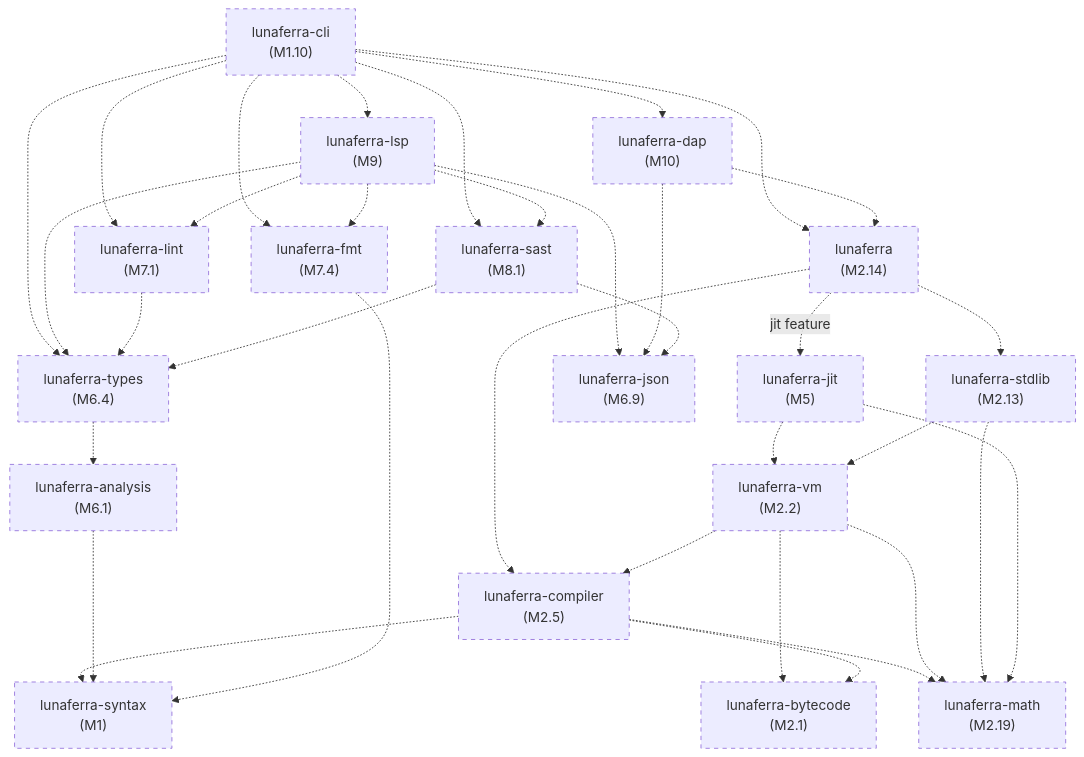
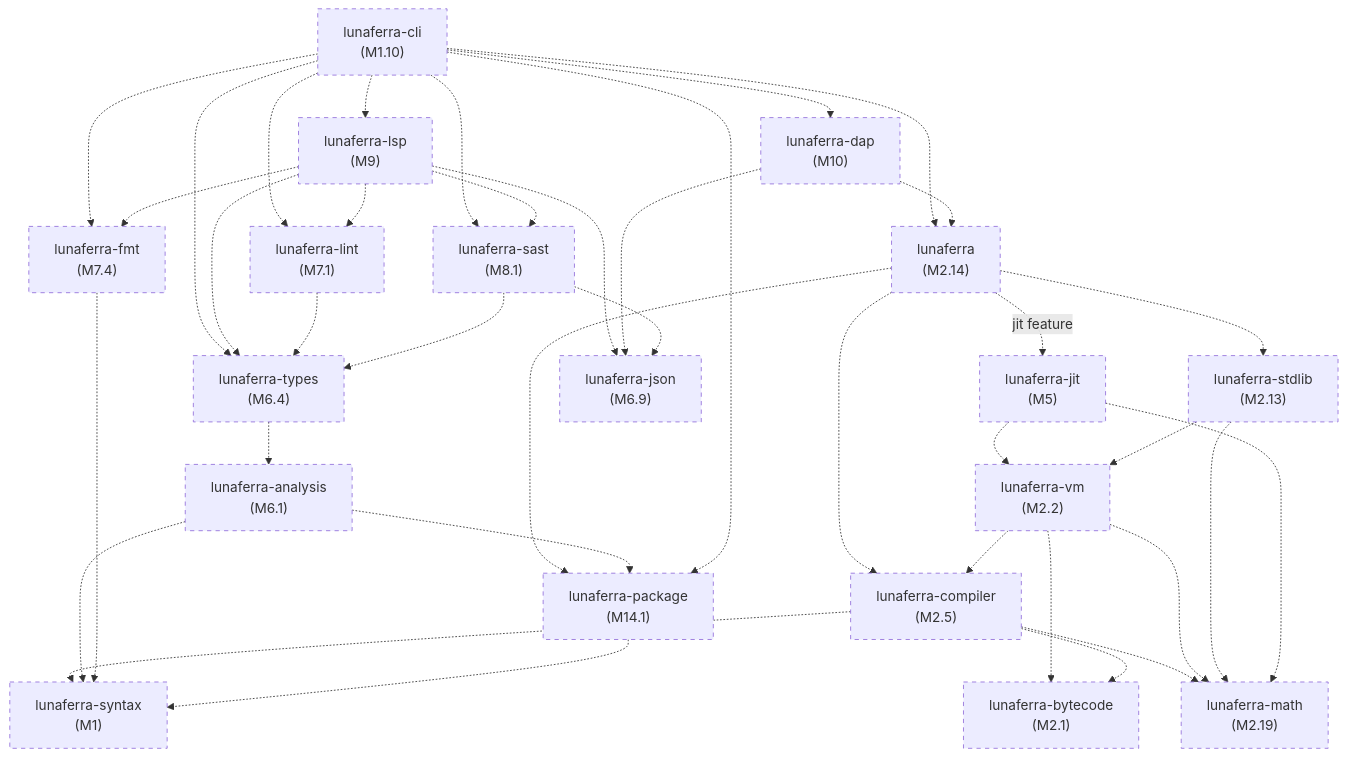
Before and after one commit to jabbott-iii/Ferrolua: the diagram in docs/01-architecture.md, drawn with Mermaid. The commit also changed other lines of this file and 23 other files, not shown here.

````diff
--- a/docs/01-architecture.md
+++ b/docs/01-architecture.md
@@ -85,56 +91,61 @@
 ```mermaid
 flowchart TB
   classDef planned stroke-dasharray: 5 5
 
   cli["lunaferra-cli<br/>(M1.10)"]:::planned
   lsp["lunaferra-lsp<br/>(M9)"]:::planned
   dap["lunaferra-dap<br/>(M10)"]:::planned
   api["lunaferra<br/>(M2.14)"]:::planned
   lint["lunaferra-lint<br/>(M7.1)"]:::planned
   sast["lunaferra-sast<br/>(M8.1)"]:::planned
   fmt["lunaferra-fmt<br/>(M7.4)"]:::planned
   types["lunaferra-types<br/>(M6.4)"]:::planned
   analysis["lunaferra-analysis<br/>(M6.1)"]:::planned
   jit["lunaferra-jit<br/>(M5)"]:::planned
   stdlib["lunaferra-stdlib<br/>(M2.13)"]:::planned
   vm["lunaferra-vm<br/>(M2.2)"]:::planned
   compiler["lunaferra-compiler<br/>(M2.5)"]:::planned
   bytecode["lunaferra-bytecode<br/>(M2.1)"]:::planned
   syntax["lunaferra-syntax<br/>(M1)"]:::planned
   json["lunaferra-json<br/>(M6.9)"]:::planned
+  pkg["lunaferra-package<br/>(M14.1)"]:::planned
   math["lunaferra-math<br/>(M2.19)"]:::planned
 
   cli -.-> api
   cli -.-> lsp
   cli -.-> dap
   cli -.-> lint
   cli -.-> sast
   cli -.-> fmt
   cli -.-> types
   lsp -.-> types
   lsp -.-> lint
   lsp -.-> sast
   lsp -.-> fmt
   lsp -.-> json
   dap -.-> api
   dap -.-> json
   api -. jit feature .-> jit
   api -.-> stdlib
   api -.-> compiler
   jit -.-> vm
   stdlib -.-> vm
   vm -.-> compiler
   vm -.-> bytecode
   compiler -.-> syntax
   compiler -.-> bytecode
   compiler -.-> math
   vm -.-> math
   stdlib -.-> math
   jit -.-> math
   lint -.-> types
   sast -.-> types
   sast -.-> json
   types -.-> analysis
   analysis -.-> syntax
   fmt -.-> syntax
+  pkg -.-> syntax
+  api -.-> pkg
+  analysis -.-> pkg
+  cli -.-> pkg
 ```
````
